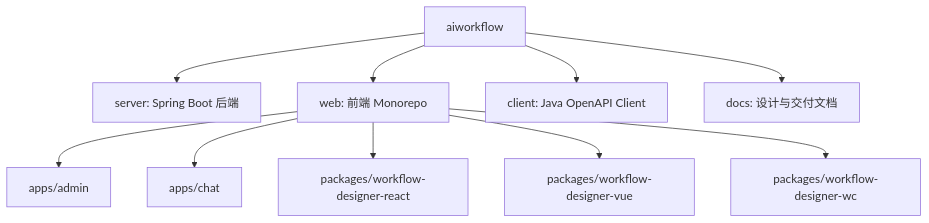
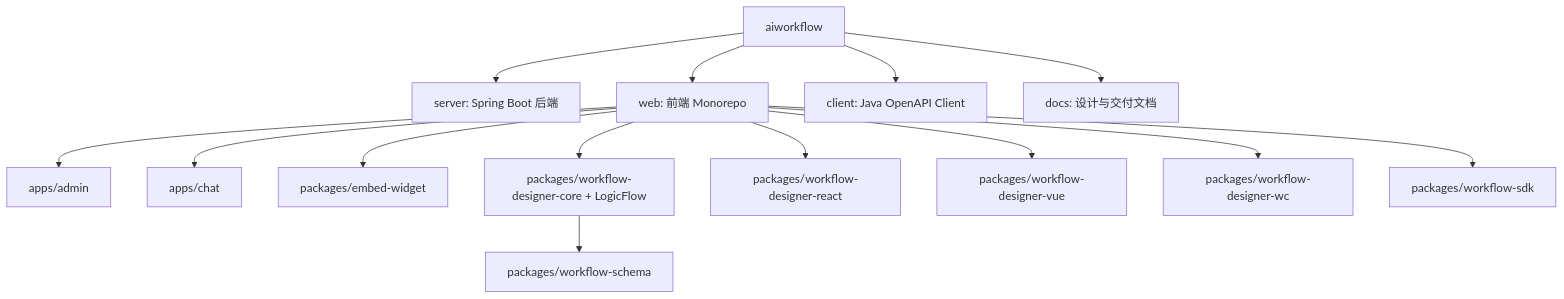
The third of 12 diagrams in docs/aiworkflow-tech-manual.md (dwightlai/aiworkflow), drawn with Mermaid before and after one commit. The commit also changed other lines of this file and 708 other files, not shown here.

````diff
--- a/docs/aiworkflow-tech-manual.md
+++ b/docs/aiworkflow-tech-manual.md
@@ -83,13 +129,17 @@
 ```mermaid
 flowchart TB
     Root["aiworkflow"]
     Root --> Server["server: Spring Boot 后端"]
     Root --> Web["web: 前端 Monorepo"]
     Root --> Client["client: Java OpenAPI Client"]
     Root --> Docs["docs: 设计与交付文档"]
     Web --> Admin["apps/admin"]
     Web --> ChatApp["apps/chat"]
+    Web --> Widget["packages/embed-widget"]
+    Web --> Core["packages/workflow-designer-core + LogicFlow"]
+    Core --> Schema["packages/workflow-schema"]
     Web --> ReactDesigner["packages/workflow-designer-react"]
     Web --> VueDesigner["packages/workflow-designer-vue"]
     Web --> WCDesigner["packages/workflow-designer-wc"]
+    Web --> SDK["packages/workflow-sdk"]
 ```
````
